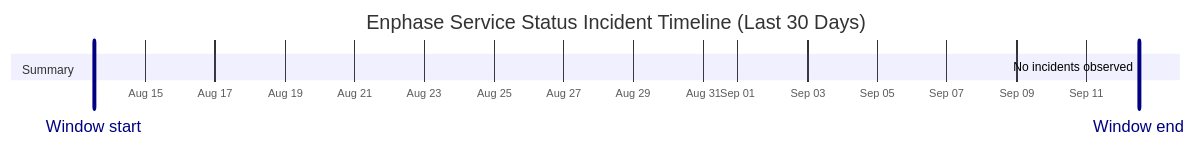
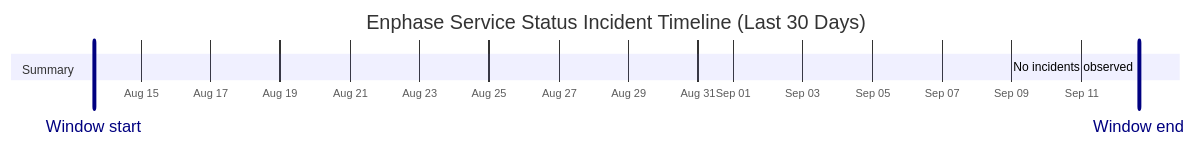
Before and after one commit to barneyonline/ha-enphase-energy: the diagram in wiki/Service-Status-History.md, drawn with Mermaid. The commit also changed other lines of this file and 3 other files, not shown here.

````diff
--- a/wiki/Service-Status-History.md
+++ b/wiki/Service-Status-History.md
@@ -14,10 +14,10 @@
 ```mermaid
 gantt
     title Enphase Service Status Incident Timeline (Last 30 Days)
     dateFormat  YYYY-MM-DDTHH:mm:ss
     axisFormat  %b %d
-    Window start :vert, window-start, 2026-08-13T12:16:43, 0ms
-    Window end :vert, window-end, 2026-09-12T12:16:43, 0ms
+    Window start :vert, window-start, 2026-08-13T15:42:57, 0ms
+    Window end :vert, window-end, 2026-09-12T15:42:57, 0ms
     section Summary
-    No incidents observed :done, 2026-09-12T12:16:43, 1m
+    No incidents observed :done, 2026-09-12T15:42:57, 1m
 ```
````
